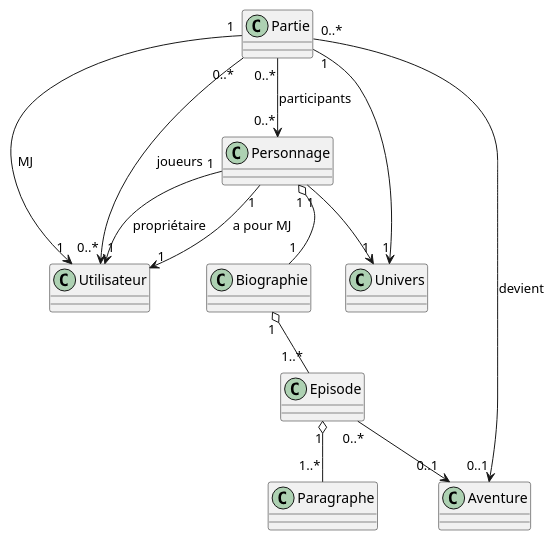
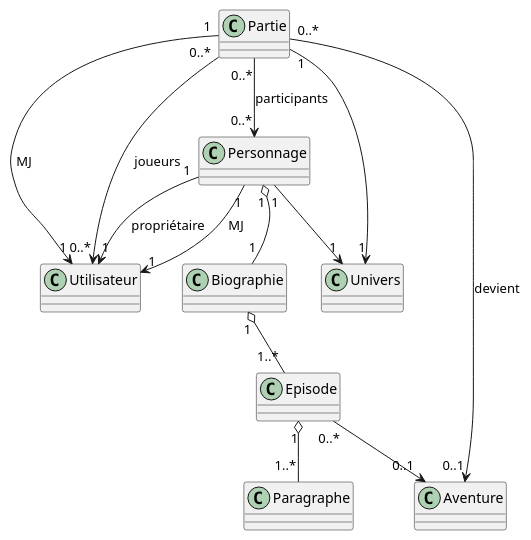
Before and after one commit to yannlet1108/GL_Projet: the diagram in doc/analyse/plantuml/classe_analyse.plantuml, drawn with PlantUML.

Commit message:
Simple refactor

```diff
--- a/doc/analyse/plantuml/classe_analyse.plantuml
+++ b/doc/analyse/plantuml/classe_analyse.plantuml
@@ -1,32 +1,30 @@
 @startuml classe_analyse
 
 ' Classes
 class Utilisateur
 class Personnage
 class Biographie
 class Episode
 class Paragraphe
 class Univers
 class Partie
 class Aventure
 
 ' Relations
+Personnage "1" o-- "1" Biographie
 Personnage "1" --> "1" Utilisateur : propriétaire
-Personnage "1" --> "1" Utilisateur : a pour MJ
-
+Personnage "1" --> "1" Utilisateur : MJ
 Personnage "1" --> "1" Univers
 
-Personnage "1" o-- "1" Biographie
 Biographie "1" o-- "1..*" Episode
-Episode "1" o-- "1..*" Paragraphe
 
 Episode "0..*" --> "0..1" Aventure
+Episode "1" o-- "1..*" Paragraphe
 
 Partie "1" --> "1" Utilisateur : MJ
 Partie "0..*" --> "0..*" Utilisateur : joueurs
 Partie "0..*" --> "0..*" Personnage : participants
 Partie "1" --> "1" Univers
-
 Partie "0..*" --> "0..1" Aventure : devient
 
 @enduml
```
